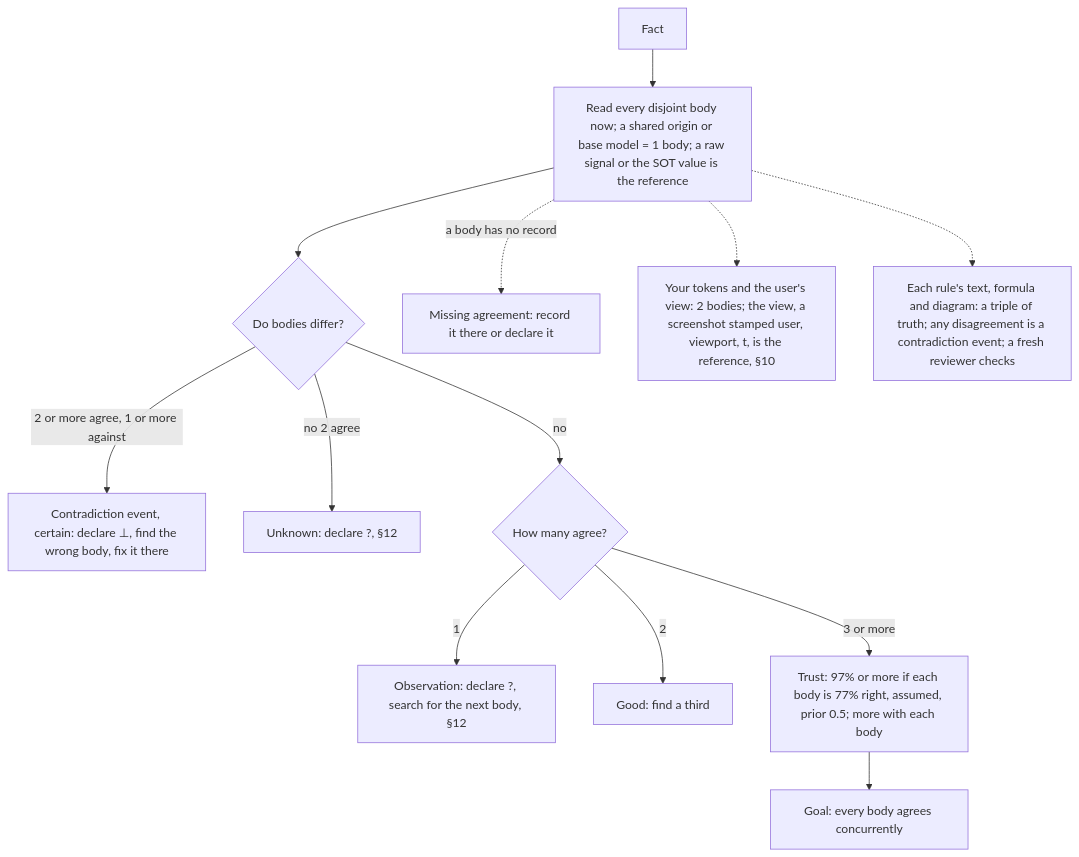
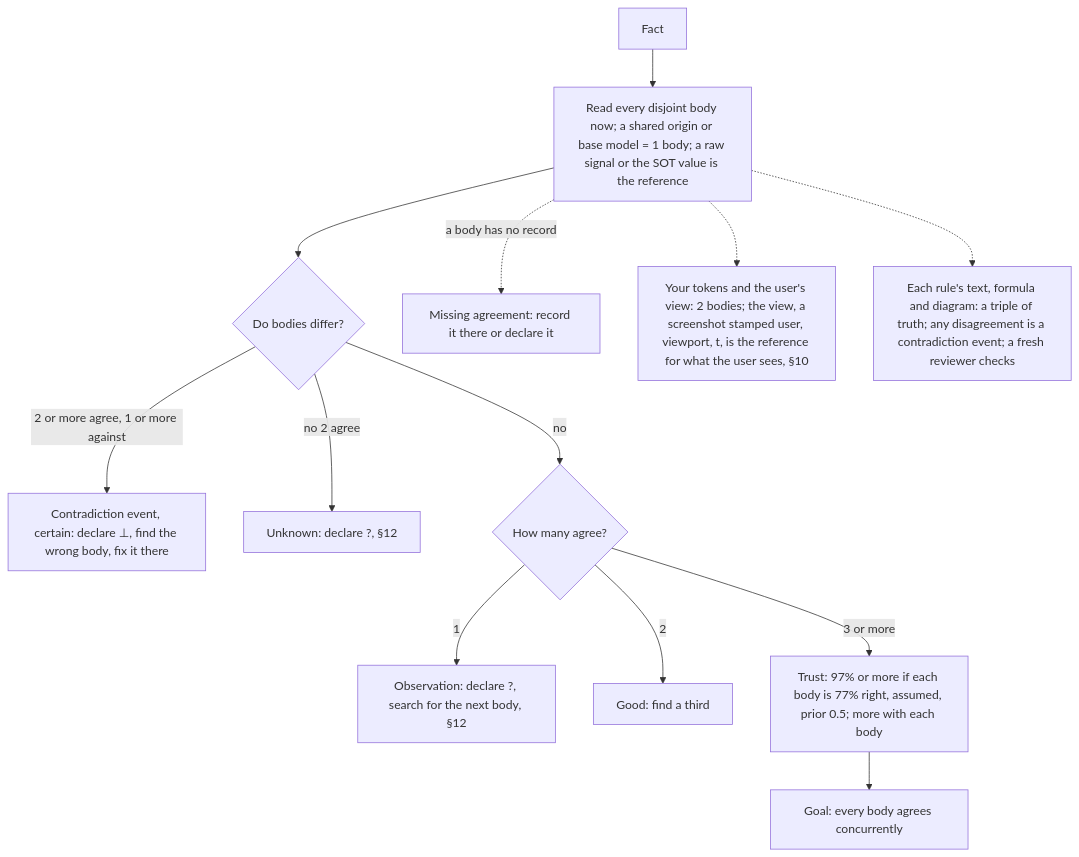
One commit to SolenixAI/arbiter changed diagram 14 of 14 in AGENTS.md. Above: the diagram before and after it, drawn with Mermaid. The commit also changed other lines of this file, not shown here.

````diff
--- a/AGENTS.md
+++ b/AGENTS.md
@@ -539,15 +540,15 @@
 ```mermaid
 flowchart TD
   F[Fact] --> B["Read every disjoint body now; a shared origin or base model = 1 body; a raw signal or the SOT value is the reference"]
   B --> D{Do bodies differ?}
   D -->|2 or more agree, 1 or more against| C["Contradiction event, certain: declare ⊥, find the wrong body, fix it there"]
   D -->|no 2 agree| U["Unknown: declare ?, §12"]
   D -->|no| N{How many agree?}
   N -->|1| O["Observation: declare ?, search for the next body, §12"]
   N -->|2| G[Good: find a third]
   N -->|3 or more| T["Trust: 97% or more if each body is 77% right, assumed, prior 0.5; more with each body"]
   B -.->|a body has no record| Mi[Missing agreement: record it there or declare it]
-  B -.-> TP["Your tokens and the user's view: 2 bodies; the view, a screenshot stamped user, viewport, t, is the reference, §10"]
+  B -.-> TP["Your tokens and the user's view: 2 bodies; the view, a screenshot stamped user, viewport, t, is the reference for what the user sees, §10"]
   B -.-> TR["Each rule's text, formula and diagram: a triple of truth; any disagreement is a contradiction event; a fresh reviewer checks"]
   T --> Goal[Goal: every body agrees concurrently]
 ```
````
